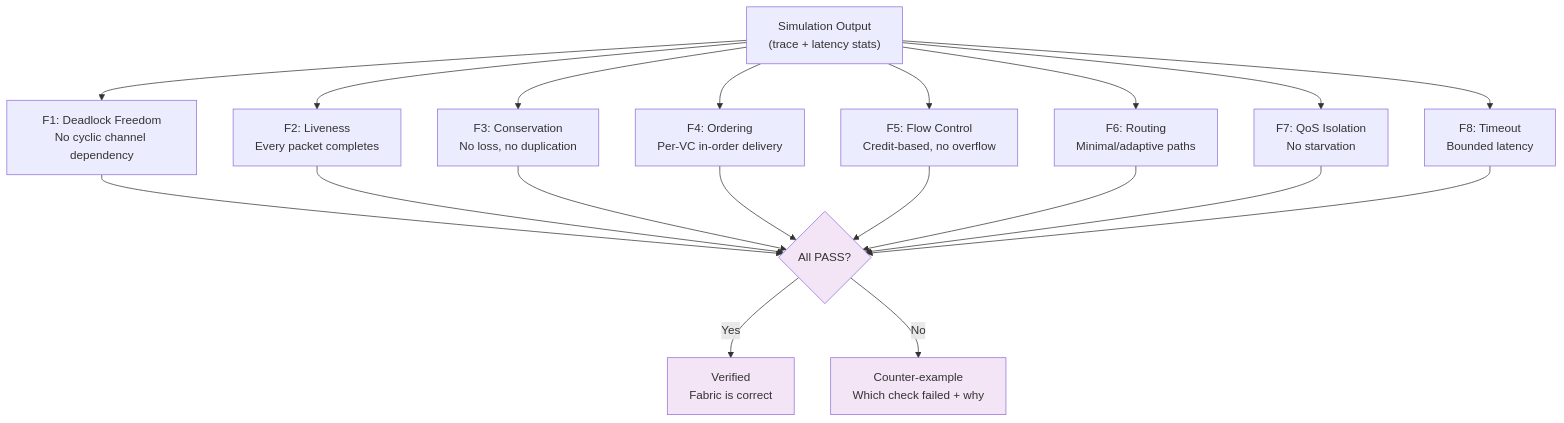
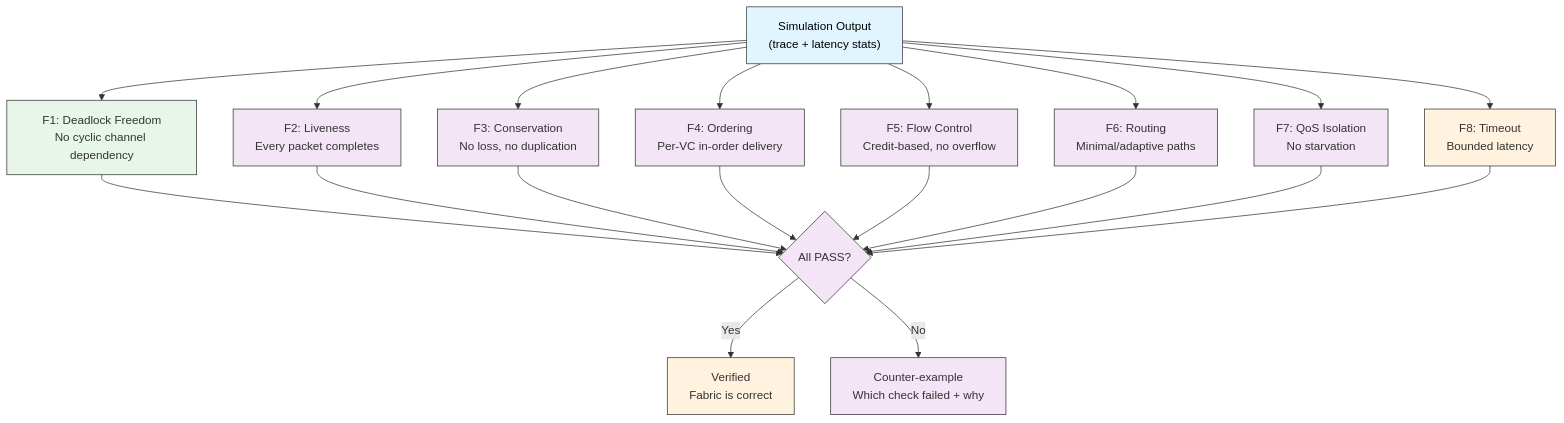
Diagram 14 of 17 in tracks/t3-topology/dse/README.md (Anmol-S314/veritx-research), drawn with Mermaid before and after one commit. The commit also changed other lines of this file and 1 other file, not shown here.

First line of the commit message:
docs: improve Mermaid diagram styling across all 22 diagrams

````diff
--- a/tracks/t3-topology/dse/README.md
+++ b/tracks/t3-topology/dse/README.md
@@ -1769,24 +1943,42 @@
 ```mermaid
 flowchart TD
     A["Simulation Output\n(trace + latency stats)"] --> B["F1: Deadlock Freedom\nNo cyclic channel dependency"]
     A --> C["F2: Liveness\nEvery packet completes"]
     A --> D["F3: Conservation\nNo loss, no duplication"]
     A --> E["F4: Ordering\nPer-VC in-order delivery"]
     A --> F["F5: Flow Control\nCredit-based, no overflow"]
     A --> G["F6: Routing\nMinimal/adaptive paths"]
     A --> H["F7: QoS Isolation\nNo starvation"]
     A --> I["F8: Timeout\nBounded latency"]
     B --> J{"All PASS?"}
     C --> J
     D --> J
     E --> J
     F --> J
     G --> J
     H --> J
     I --> J
     J -->|"Yes"| K[" Verified\nFabric is correct"]
     J -->|"No"| L[" Counter-example\nWhich check failed + why"]
-    style J fill:#f3e5f5
-    style K fill:#f3e5f5
-    style L fill:#f3e5f5
+
+    style A fill:#e1f5fe,stroke:#333
+    style B fill:#e8f5e9,stroke:#333
+    style C fill:#f3e5f5,stroke:#333
+    style D fill:#f3e5f5,stroke:#333
+    style E fill:#f3e5f5,stroke:#333
+    style F fill:#f3e5f5,stroke:#333
+    style G fill:#f3e5f5,stroke:#333
+    style H fill:#f3e5f5,stroke:#333
+    style I fill:#fff3e0,stroke:#333
+    style J fill:#f3e5f5,stroke:#333
+    style K fill:#fff3e0,stroke:#333
+    style L fill:#f3e5f5,stroke:#333
+
+
+    classDef input fill:#e1f5fe,stroke:#01579b,color:#000
+    classDef cli fill:#e8f5e9,stroke:#2e7d32,color:#000
+    classDef sim fill:#fff3e0,stroke:#e65100,color:#000
+    classDef api fill:#fce4ec,stroke:#c62828,color:#000
+    classDef output fill:#f3e5f5,stroke:#6a1b9a,color:#000
+    class A input
 ```
````
